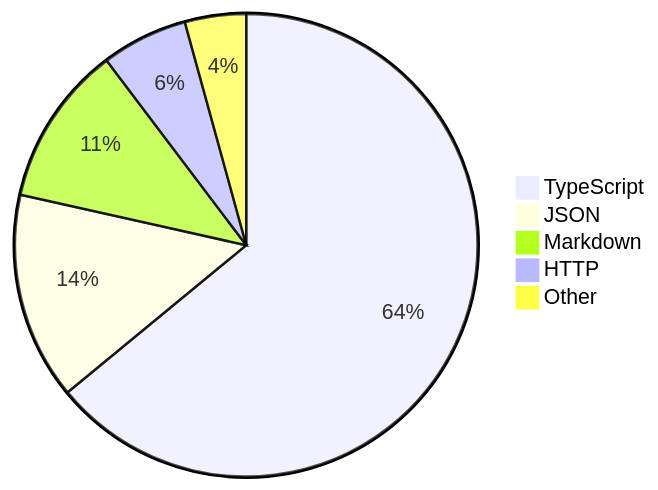
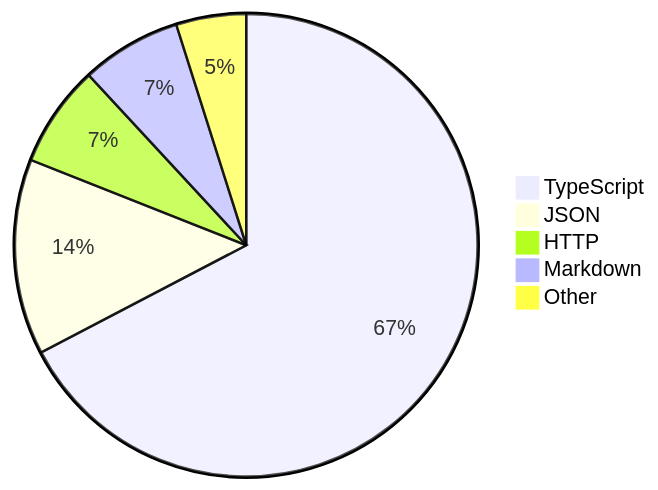
Before and after one commit to skvggor/skvggor: the diagram in README.md, drawn with Mermaid.

Commit message:
Updated waka-readme graph with new metrics

````diff
--- a/README.md
+++ b/README.md
@@ -16,8 +16,8 @@
 ```mermaid
 pie
-    "TypeScript" : 58.4
-    "JSON" : 13.2
-    "Markdown" : 10.2
-    "HTTP" : 5.5
-    "Other" : 3.9
+    "TypeScript" : 60.6
+    "JSON" : 12.3
+    "HTTP" : 6.4
+    "Markdown" : 6.3
+    "Other" : 4.4
 ```
````
